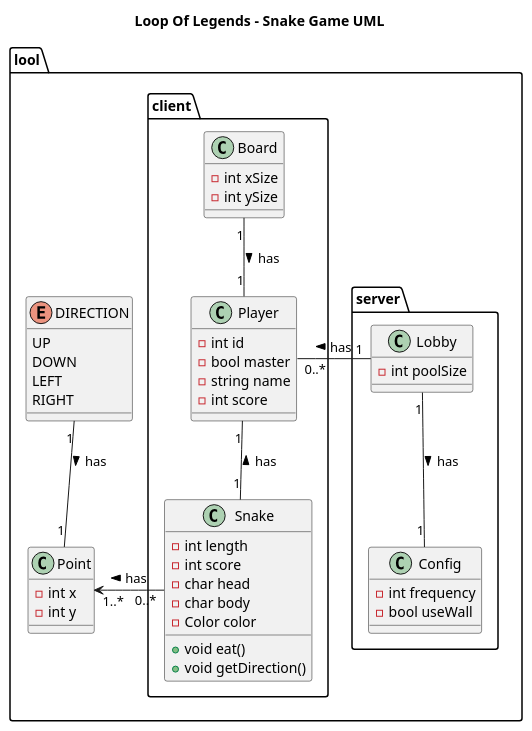
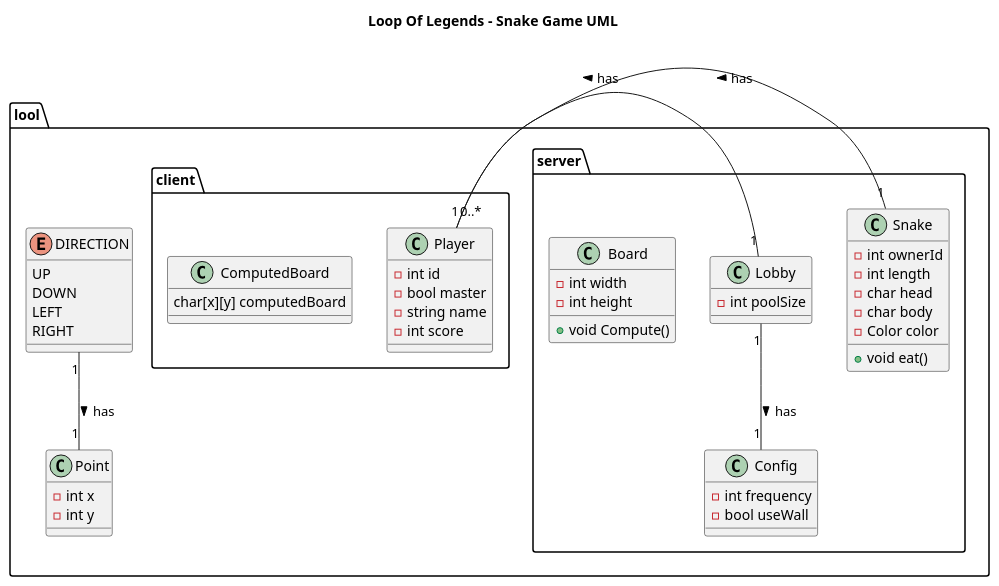
The diagram in docs/uml.puml (Theodrosrun/loop-of-legends), drawn with PlantUML before and after one commit.

Commit message:
WORK: uml

```diff
--- a/docs/uml.puml
+++ b/docs/uml.puml
@@ -1,69 +1,72 @@
 @startuml Loop Of Legends
 title Loop Of Legends - Snake Game UML
 Package lool {
 
     enum DIRECTION {
         UP
         DOWN
         LEFT
         RIGHT
     }
 
     Class Point {
         - int x
         - int y
     }
 
     DIRECTION "1" -- "1" Point : has >
 
     Package server{
 
         class Lobby {
         - int poolSize
         }
 
         class Config {
         - int frequency
         - bool useWall
         }
 
+        class Snake{
+            - int ownerId
+            - int length
+            - char head
+            - char body
+            - Color color
+            + void eat()
+        }
+
+        class Board{
+            - int width
+            - int height
+
+            + void Compute()
+    
+        }
+
         Lobby "1" -- "1" Config : has >
     }
 
     Package client {
 
-        class Board{
-            - int xSize
-            - int ySize
-
+        class ComputedBoard{
+         char[x][y] computedBoard
         }
 
         class Player {
             - int id
             - bool master
             - string name
             - int score
         }
 
-        class Snake{
+    }
 
-            - int length
-            - int score
-            - char head
-            - char body
-            - Color color
-            + void eat()
-            + void getDirection()
-        }
-
-        Snake "1" --u "1" Player : has >
-        Snake "0..*" --r> "1..*" Point : has >
-        Board "1" -- "1" Player : has >
-    }
+    Snake "1" --r "1" Player : has >
 
     Lobby "1" --r "0..*" Player : has >
 
     
 }
 
 @enduml
```
